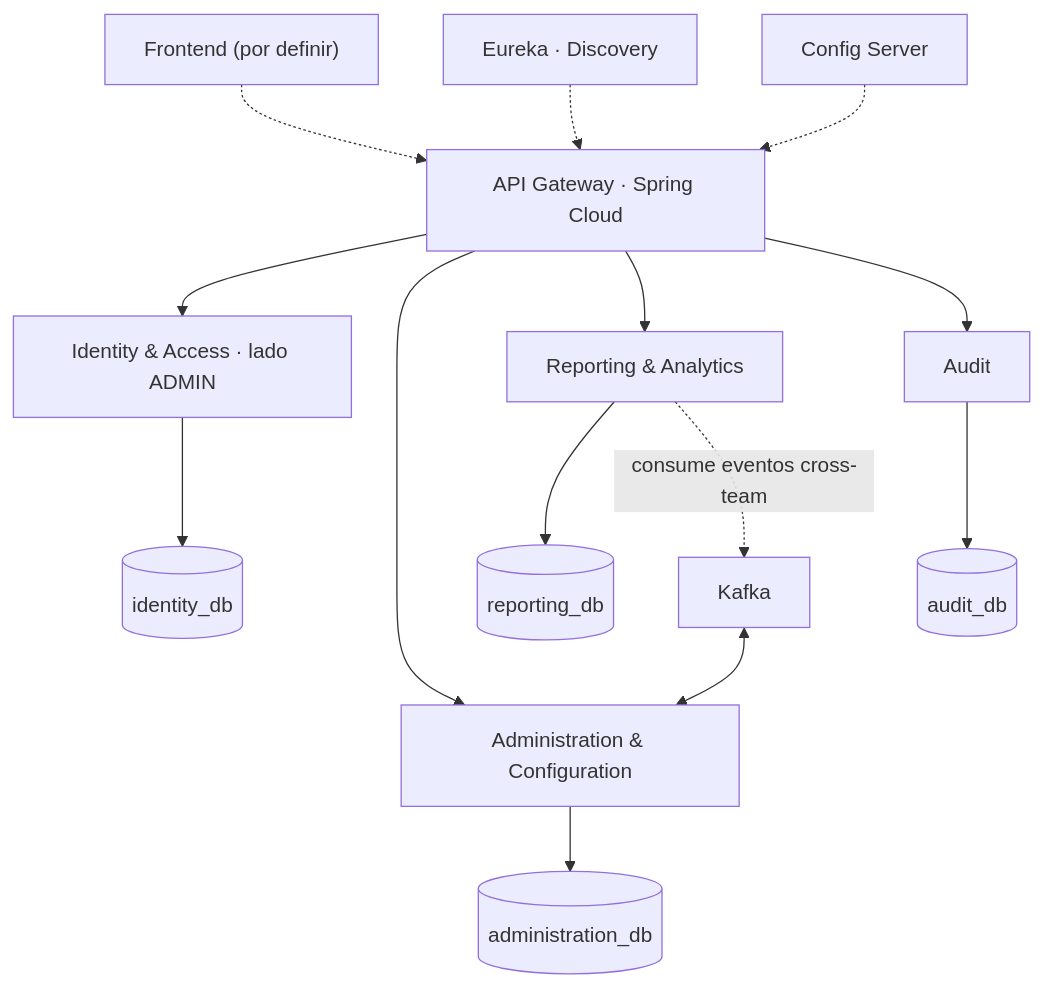
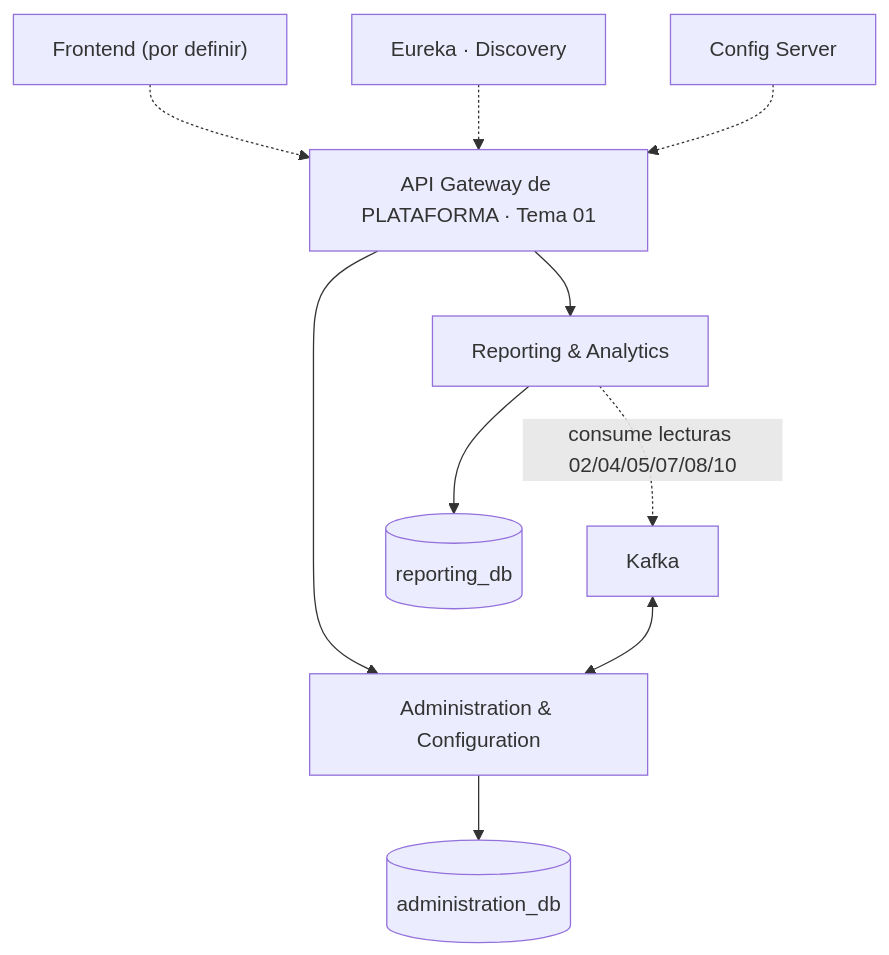
The diagram in docs/backend/resumen.md (2W2-114324-Carballo-Juarez-Mateo/backoffice-docs), drawn with Mermaid before and after one commit. The commit also changed other lines of this file and 11 other files, not shown here.

Commit message:
docs: alinear a Tema 12 Backoffice (doc oficial) — 2 servicios propietarios (Administration, Reporting) + consumo T01/T02 y lecturas; sync por gateway; PAR-01..24; auditoría/retención → T01

````diff
--- a/docs/backend/resumen.md
+++ b/docs/backend/resumen.md
@@ -12,18 +12,14 @@
 ```mermaid
 flowchart TB
-    FE["Frontend (por definir)"] -.-> GW[API Gateway · Spring Cloud]
-    GW --> ID[Identity & Access · lado ADMIN]
+    FE["Frontend (por definir)"] -.-> GW[API Gateway de PLATAFORMA · Tema 01]
     GW --> AD[Administration & Configuration]
     GW --> RP[Reporting & Analytics]
-    GW --> AU[Audit]
 
-    ID --> DB1[(identity_db)]
-    AD --> DB2[(administration_db)]
-    RP --> DB3[(reporting_db)]
-    AU --> DB4[(audit_db)]
+    AD --> DB1[(administration_db)]
+    RP --> DB2[(reporting_db)]
 
     E[Eureka · Discovery] -.-> GW
     CFG[Config Server] -.-> GW
     K[Kafka] <--> AD
-    RP -. consume eventos cross-team .-> K
+    RP -. consume lecturas 02/04/05/07/08/10 .-> K
 ```
````
